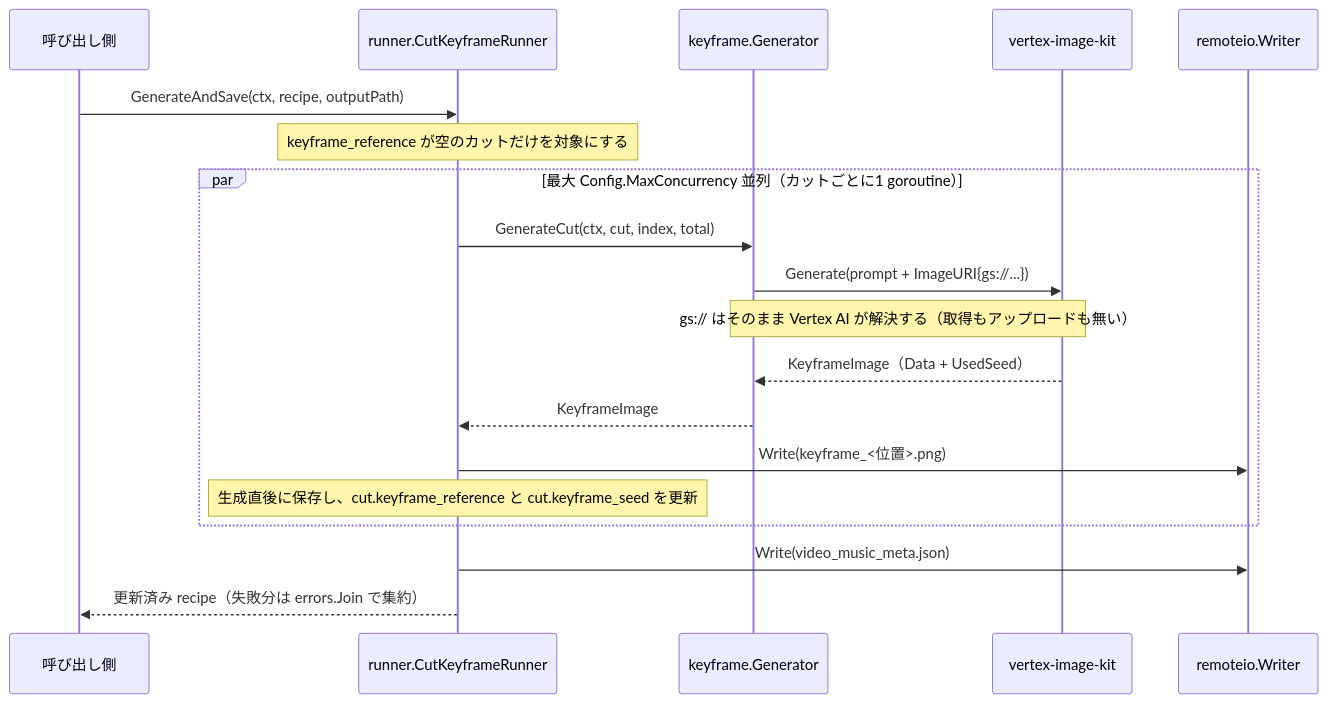
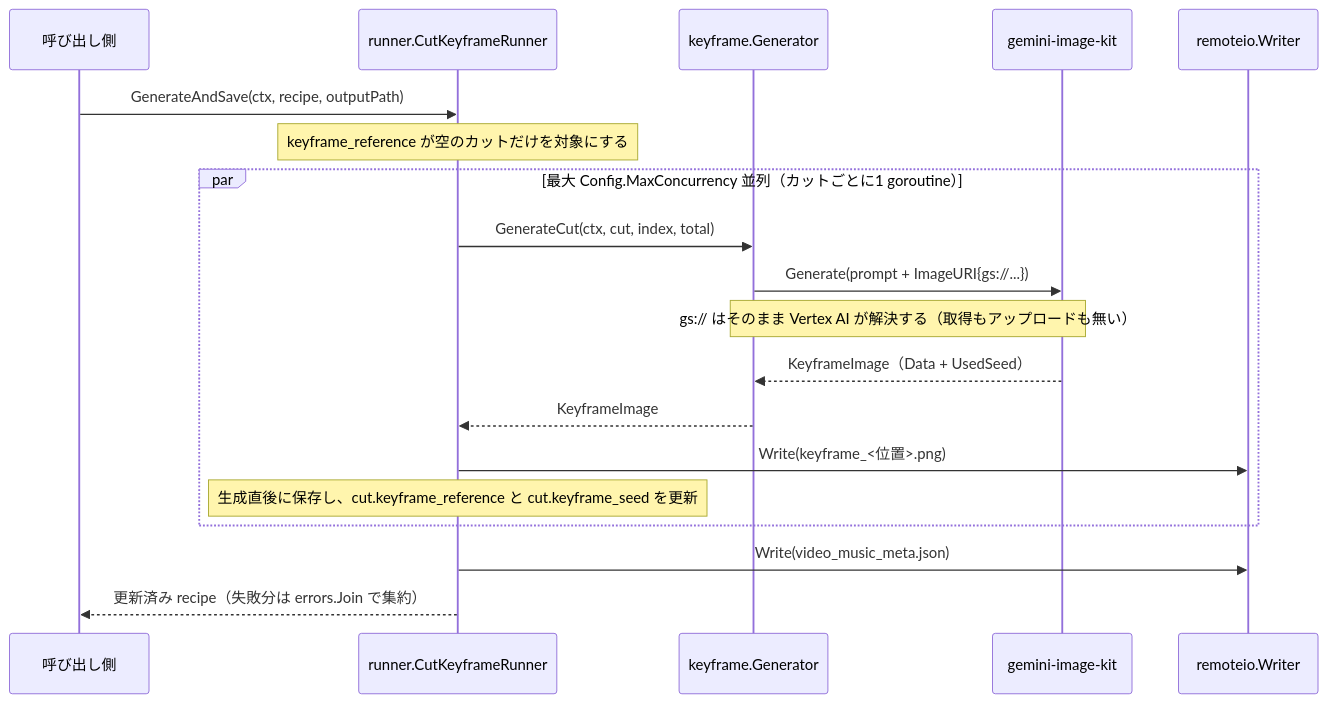
The first of 2 diagrams in docs/architecture.md (shouni/go-veo-orchestrator), drawn with Mermaid before and after one commit. The commit also changed 13 other files, not shown here.

````diff
--- a/docs/architecture.md
+++ b/docs/architecture.md
@@ -47,24 +47,24 @@
 ```mermaid
 sequenceDiagram
   participant App as 呼び出し側
   participant KFRunner as runner.CutKeyframeRunner
   participant KeyframeGen as keyframe.Generator
-  participant ImageKit as vertex-image-kit
+  participant ImageKit as gemini-image-kit
   participant Writer as remoteio.Writer
 
   App->>KFRunner: GenerateAndSave(ctx, recipe, outputPath)
   Note over KFRunner: keyframe_reference が空のカットだけを対象にする
 
   par 最大 Config.MaxConcurrency 並列（カットごとに1 goroutine）
     KFRunner->>KeyframeGen: GenerateCut(ctx, cut, index, total)
     KeyframeGen->>ImageKit: Generate(prompt + ImageURI{gs://...})
     Note over KeyframeGen,ImageKit: gs:// はそのまま Vertex AI が解決する（取得もアップロードも無い）
     ImageKit-->>KeyframeGen: KeyframeImage（Data + UsedSeed）
     KeyframeGen-->>KFRunner: KeyframeImage
     KFRunner->>Writer: Write(keyframe_<位置>.png)
     Note over KFRunner: 生成直後に保存し、cut.keyframe_reference と cut.keyframe_seed を更新
   end
 
   KFRunner->>Writer: Write(video_music_meta.json)
   KFRunner-->>App: 更新済み recipe（失敗分は errors.Join で集約）
 ```
````
